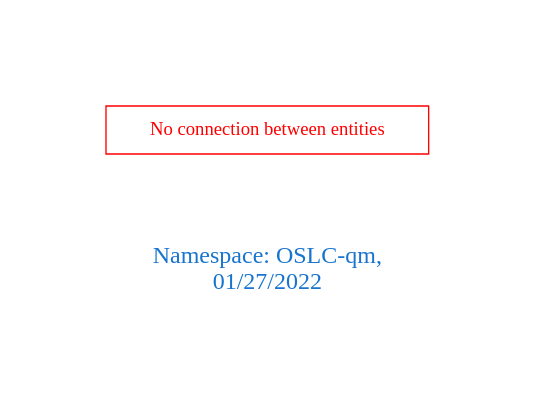
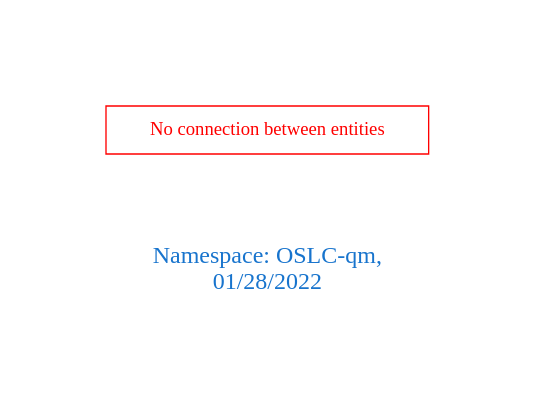
Before and after one commit to arago/OGIT: the diagram in downloads/OSLC-qm.dot, drawn with Graphviz. The commit also changed 1923 other files, not shown here.

```diff
--- a/downloads/OSLC-qm.dot
+++ b/downloads/OSLC-qm.dot
@@ -1,9 +1,9 @@
 digraph OGIT_ontology {
  graph [ rankdir= LR,pad=1 
 fontsize = 18,
-fontcolor= dodgerblue3,label = "\n\n\nNamespace: OSLC-qm, \n 01/27/2022"];
+fontcolor= dodgerblue3,label = "\n\n\nNamespace: OSLC-qm, \n 01/28/2022"];
 node[shape=polygon];
 edge [  color="gray81"];
 
 "No connection between entities" [fontcolor = "red",color="red", shape="polygon"]
 }
```
